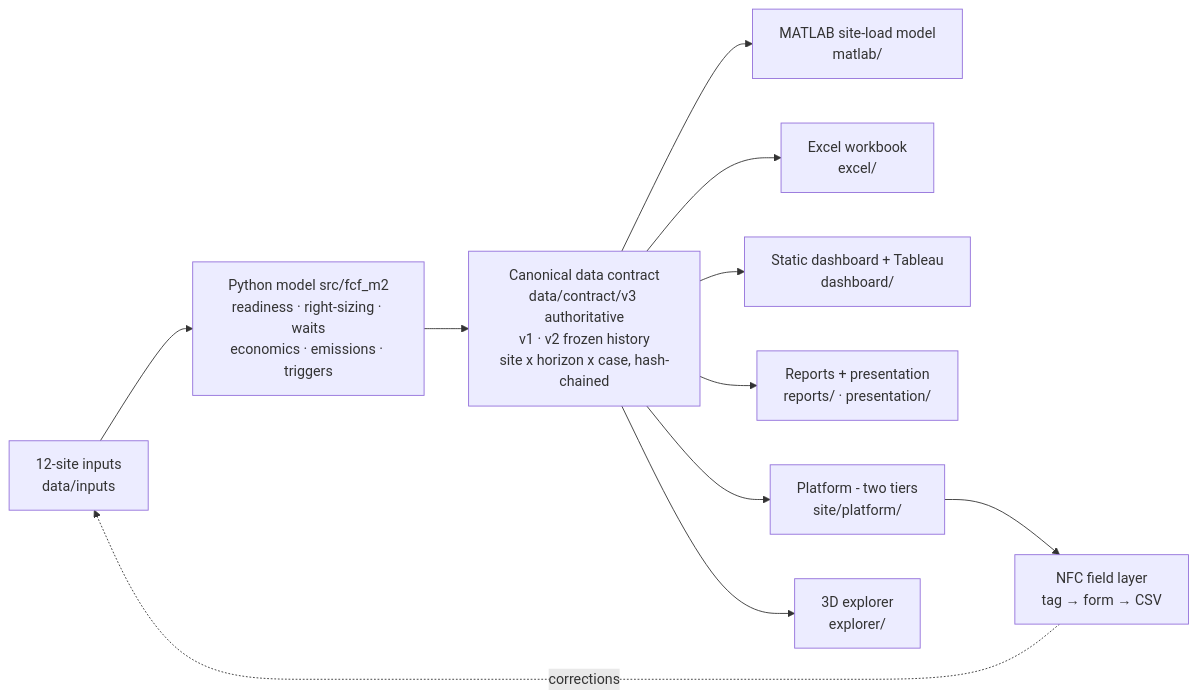
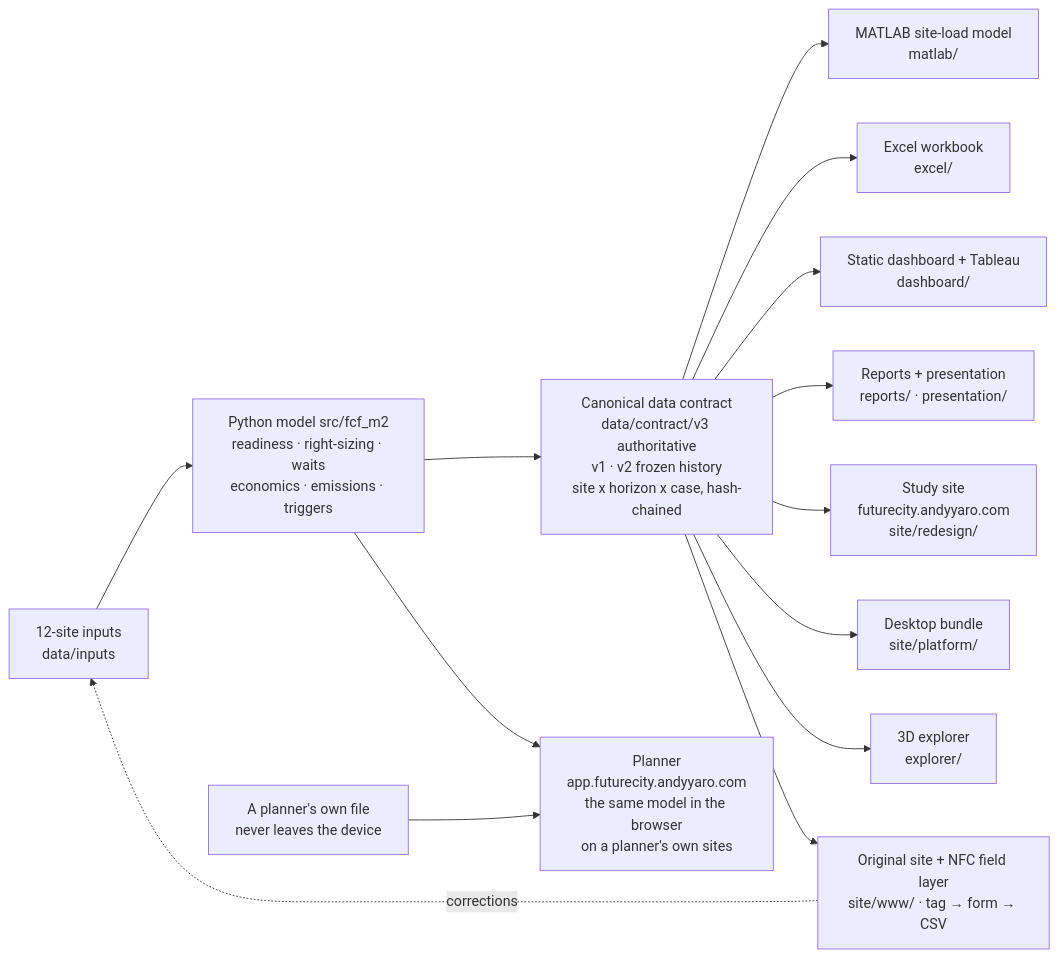
The diagram in README.md (andyyaro/EV-SIENT), drawn with Mermaid before and after one commit. The commit also changed other lines of this file and 8 other files, not shown here.

````diff
--- a/README.md
+++ b/README.md
@@ -110,13 +184,16 @@
 ```mermaid
 flowchart LR
     A[12-site inputs<br/>data/inputs] --> B[Python model src/fcf_m2<br/>readiness · right-sizing · waits<br/>economics · emissions · triggers]
     B --> C[Canonical data contract<br/>data/contract/v3 authoritative<br/>v1 · v2 frozen history<br/>site x horizon x case, hash-chained]
     C --> D[MATLAB site-load model<br/>matlab/]
     C --> E[Excel workbook<br/>excel/]
     C --> F[Static dashboard + Tableau<br/>dashboard/]
     C --> G[Reports + presentation<br/>reports/ · presentation/]
-    C --> H[Platform - two tiers<br/>site/platform/]
+    C --> S[Study site<br/>futurecity.andyyaro.com<br/>site/redesign/]
+    C --> H[Desktop bundle<br/>site/platform/]
     C --> I[3D explorer<br/>explorer/]
-    H --> J[NFC field layer<br/>tag → form → CSV]
-    J -.corrections.-> A
+    C --> W[Original site + NFC field layer<br/>site/www/ · tag → form → CSV]
+    W -.corrections.-> A
+    B --> P[Planner<br/>app.futurecity.andyyaro.com<br/>the same model in the browser<br/>on a planner's own sites]
+    U[A planner's own file<br/>never leaves the device] --> P
 ```
````
